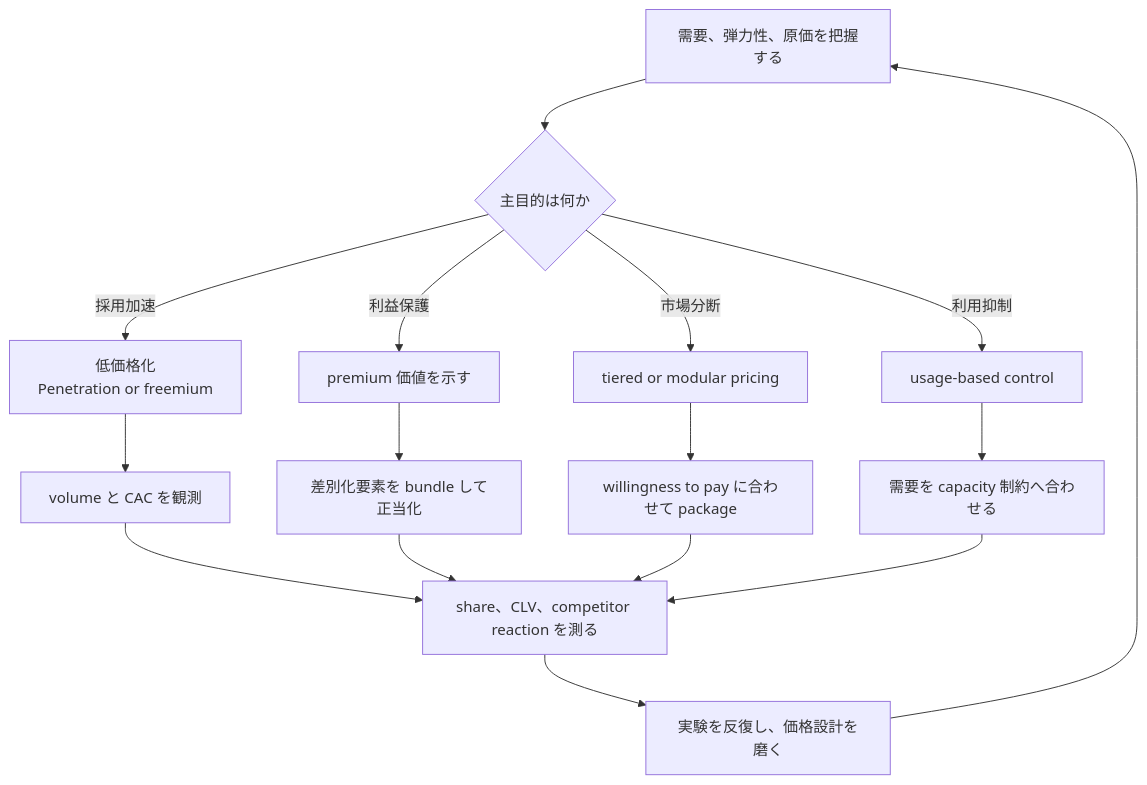
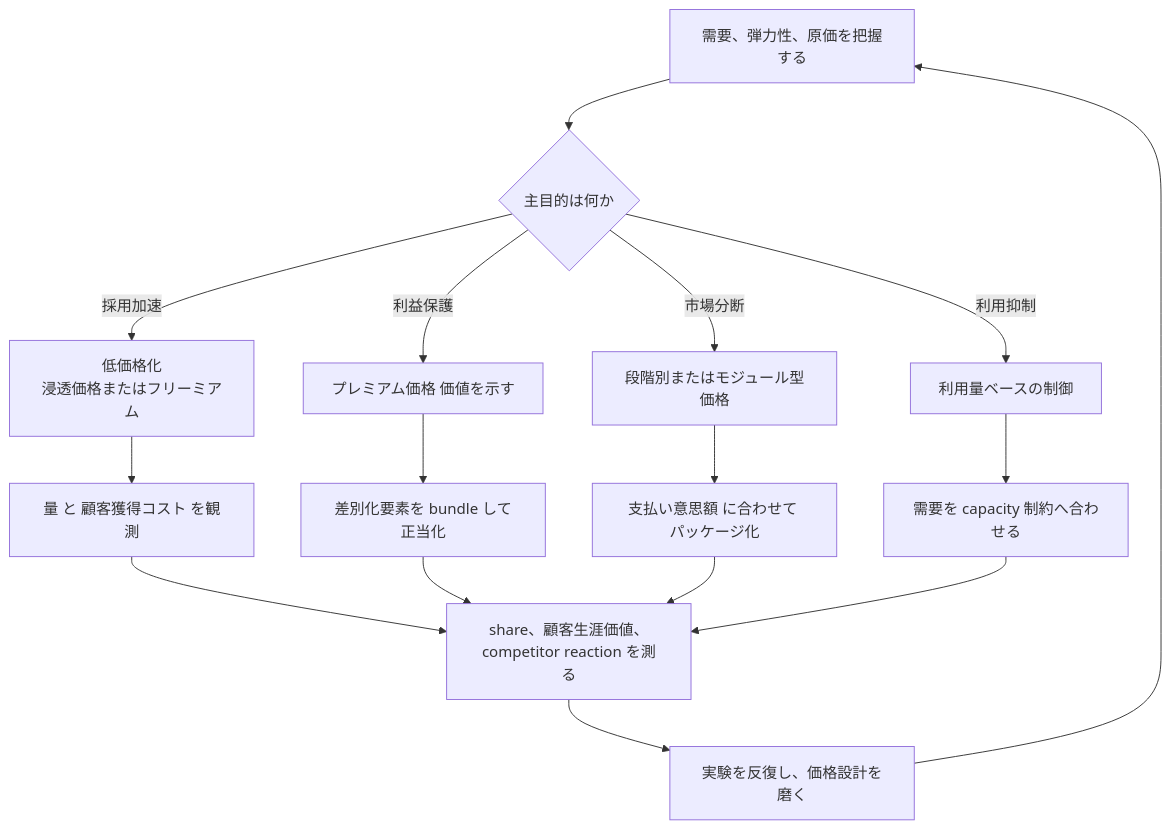
One commit to wardley-leadership-strategies-ja/wardley-leadership-strategies-ja.github.io changed the diagram in docs/strategies/markets/pricing-policy/index.md. Above: the diagram before and after it, drawn with Mermaid. The commit also changed other lines of this file and 83 other files, not shown here.

````diff
--- a/docs/strategies/markets/pricing-policy/index.md
+++ b/docs/strategies/markets/pricing-policy/index.md
@@ -140,18 +140,18 @@
 ```mermaid
 flowchart TD
     A[需要、弾力性、原価を把握する] --> B{主目的は何か}
-    B -->|採用加速| C[低価格化<br/>Penetration or freemium]
-    B -->|利益保護| D[premium 価値を示す]
-    B -->|市場分断| E[tiered or modular pricing]
-    B -->|利用抑制| F[usage-based control]
-    C --> G[volume と CAC を観測]
+    B -->|採用加速| C[低価格化<br/>浸透価格またはフリーミアム]
+    B -->|利益保護| D[プレミアム価格 価値を示す]
+    B -->|市場分断| E[段階別またはモジュール型価格]
+    B -->|利用抑制| F[利用量ベースの制御]
+    C --> G[量 と 顧客獲得コスト を観測]
     D --> H[差別化要素を bundle して正当化]
-    E --> I[willingness to pay に合わせて package]
+    E --> I[支払い意思額 に合わせて パッケージ化]
     F --> J[需要を capacity 制約へ合わせる]
-    G --> K[share、CLV、competitor reaction を測る]
+    G --> K[share、顧客生涯価値、competitor reaction を測る]
     H --> K
     I --> K
     J --> K
     K --> L[実験を反復し、価格設計を磨く]
     L --> A
 ```
````
